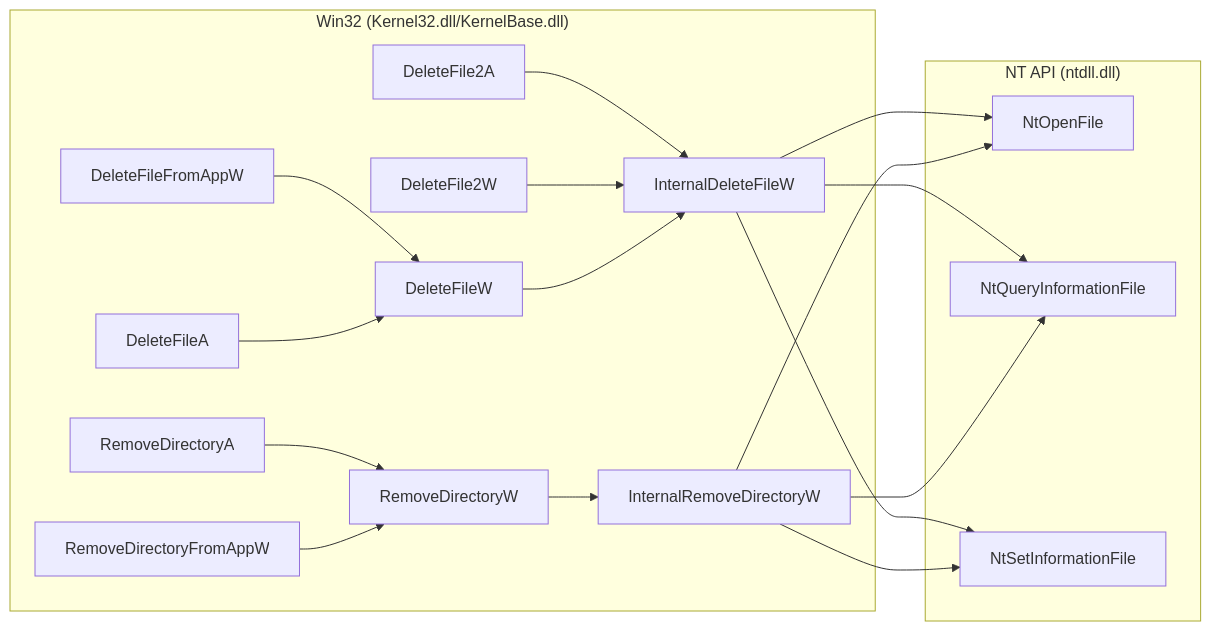
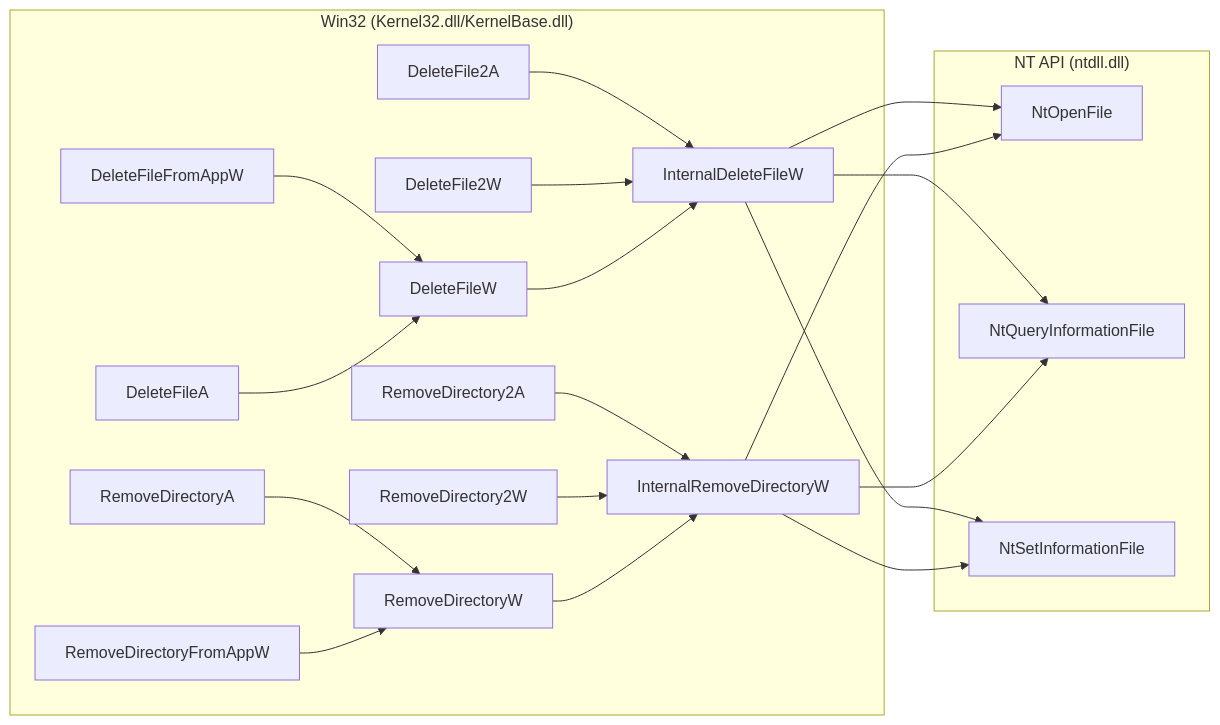
Before and after one commit to Sewer56/vfs-writeup: the third of 10 diagrams in docs/index.md, drawn with Mermaid. The commit also changed other lines of this file, not shown here.

Commit message:
Added: Missing new RemoveDirectory2 functions.

````diff
--- a/docs/index.md
+++ b/docs/index.md
@@ -332,37 +332,41 @@
 ```mermaid
 flowchart LR
     subgraph Win32["Win32 (Kernel32.dll/KernelBase.dll)"]
     DeleteFile2A
     DeleteFile2W
     DeleteFileA
     DeleteFileW
     DeleteFileFromAppW
     InternalDeleteFileW
+    RemoveDirectory2A
+    RemoveDirectory2W
     RemoveDirectoryA
     RemoveDirectoryFromAppW
     RemoveDirectoryW
     InternalRemoveDirectoryW
 
     DeleteFile2A --> InternalDeleteFileW
     DeleteFile2W --> InternalDeleteFileW
     DeleteFileFromAppW --> DeleteFileW
     DeleteFileA --> DeleteFileW
     DeleteFileW --> InternalDeleteFileW
+    RemoveDirectory2A --> InternalRemoveDirectoryW
+    RemoveDirectory2W --> InternalRemoveDirectoryW
     RemoveDirectoryA --> RemoveDirectoryW
     RemoveDirectoryFromAppW --> RemoveDirectoryW
     RemoveDirectoryW --> InternalRemoveDirectoryW
     end
 
     subgraph NT["NT API (ntdll.dll)"]
     NtOpenFile
     NtQueryInformationFile
     NtSetInformationFile
 
     InternalDeleteFileW --> NtOpenFile
     InternalDeleteFileW --> NtQueryInformationFile
     InternalDeleteFileW --> NtSetInformationFile
     InternalRemoveDirectoryW --> NtOpenFile
     InternalRemoveDirectoryW --> NtQueryInformationFile
     InternalRemoveDirectoryW --> NtSetInformationFile
     end
 ```
````
